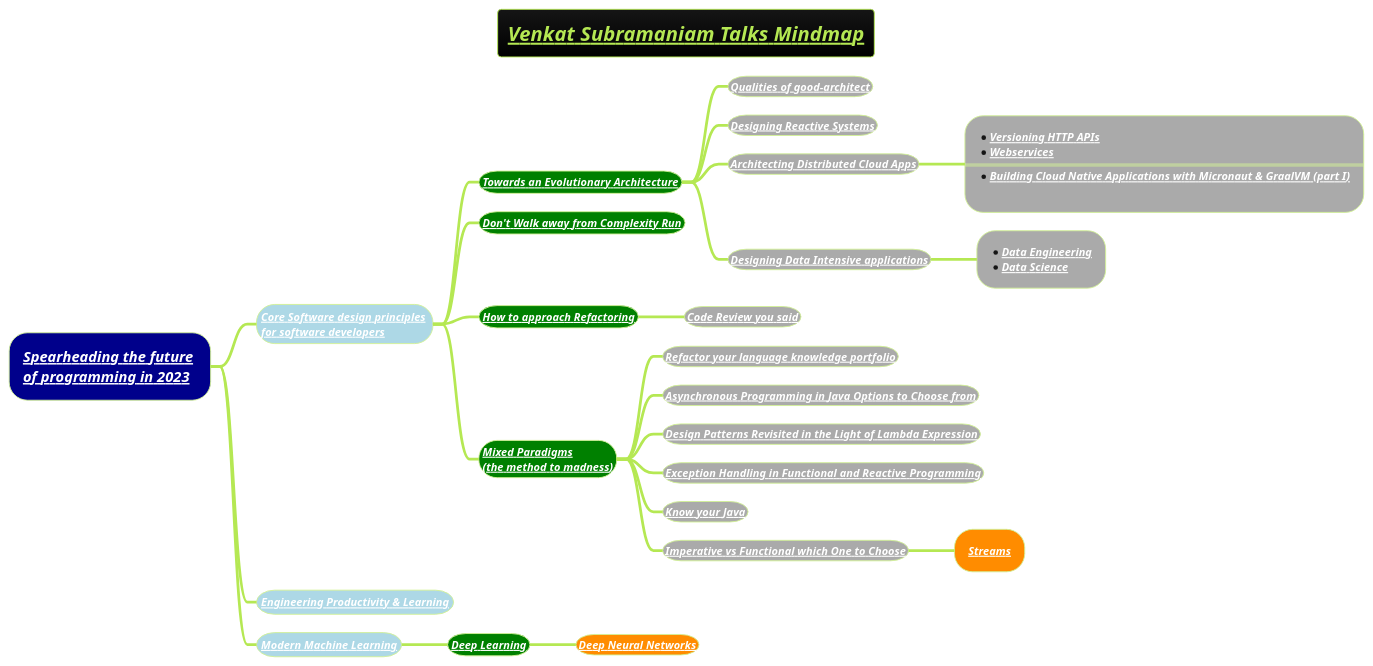
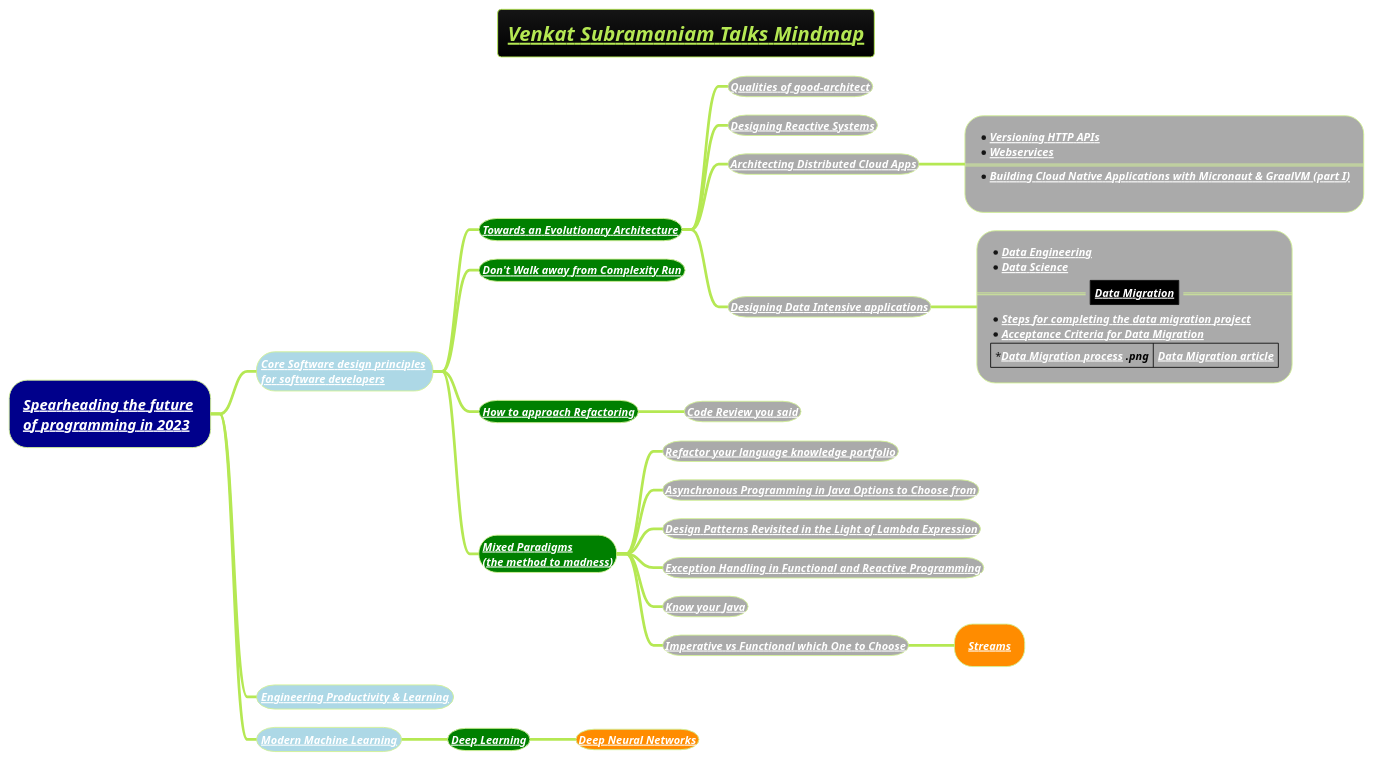
The diagram in docs/3-programming-languages/Venkat-Subramaniam/venkat-talks-mindmap.puml (MehmoodHashmi/Documentation-as-Code-DaC), drawn with PlantUML before and after one commit. The commit also changed 3 other files, not shown here.

```diff
--- a/docs/3-programming-languages/Venkat-Subramaniam/venkat-talks-mindmap.puml
+++ b/docs/3-programming-languages/Venkat-Subramaniam/venkat-talks-mindmap.puml
@@ -1,34 +1,40 @@
 @startmindmap
 title =<i><b><u><size:18>Venkat Subramaniam Talks Mindmap
 !theme hacker
 
 *[#darkblue] <i><color #black>[[docs/3-programming-languages/Venkat-Subramaniam/Spearheading-the-future-of-programming-2023.puml Spearheading the future]] \n<i><color #black>[[docs/3-programming-languages/Venkat-Subramaniam/Spearheading-the-future-of-programming-2023.puml of programming in 2023]]
 **[#lightblue] <color:white><i><size:12>[[docs/3-programming-languages/Venkat-Subramaniam/Core-Software-design-principles-for-software-developers.puml Core Software design principles]] \n<color:white><i><size:12>[[docs/3-programming-languages/Venkat-Subramaniam/Core-Software-design-principles-for-software-developers.puml for software developers ]]
 ***[#green] <b><i><color #black><size:12>[[docs/3-programming-languages/Venkat-Subramaniam/Towards-an-Evolutionary-Architecture.puml Towards an Evolutionary Architecture]]
 ****[#a] <b><i><color #black><size:12>[[docs/3-programming-languages/Venkat-Subramaniam/Qualities-of-good-architect.puml Qualities of good-architect]]
 ****[#a] <b><i><color #black><size:12>[[docs/3-programming-languages/Venkat-Subramaniam/Designing-Reactive-Systems.puml Designing Reactive Systems]]
 ****[#a] <b><i><color #black><size:12>[[docs/3-programming-languages/Venkat-Subramaniam/Architecting-Distributed-Cloud-Apps.puml Architecting Distributed Cloud Apps]]
 *****[#a]:*<b><i><color #black><size:12>[[docs/3-programming-languages/Venkat-Subramaniam/Architecting-Distributed-Cloud-Apps.puml Versioning HTTP APIs]]
 *<b><i><color #black><size:12>[[docs/3-programming-languages/Venkat-Subramaniam/webservice.puml Webservices]]
 ====
 *<b><i><color #black><size:12>[[docs/3-programming-languages/Venkat-Subramaniam/Building-Cloud-Native-Applications-with-Micronaut-and-GraalVM.puml Building Cloud Native Applications with Micronaut & GraalVM (part I)]]
 ;
 ****[#a] <b><i><color #black><size:12>[[docs/books/1-books-backlog/DBMS/Designing-Data-Intensive-Applications.puml Designing Data Intensive applications]]
-*****[#a] *<b><i><color #black><size:12>[[docs/AI-ML-DL-Data-Science-and-BigData/data-science/data-engineering/Data-Engineering.puml Data Engineering]] \n*<b><i><color #black><size:12>[[docs/AI-ML-DL-Data-Science-and-BigData/data-science/Data-Science.puml Data Science]]
+*****[#a]:*<b><i><color #black><size:12>[[docs/AI-ML-DL-Data-Science-and-BigData/data-science/data-engineering/Data-Engineering.puml Data Engineering]]
+*<b><i><color #black><size:12>[[docs/AI-ML-DL-Data-Science-and-BigData/data-science/Data-Science.puml Data Science]]
+==|<#black><b><i><color #black><size:12>[[docs/AI-ML-DL-Data-Science-and-BigData/data-science/data-or-database-migration/Data-Migration.puml Data Migration]]|==
+*<b><i><color #black><size:12>[[docs/AI-ML-DL-Data-Science-and-BigData/data-science/data-or-database-migration/steps-for-completing-the-data-migration-project.puml Steps for completing the data migration project]]
+*<b><i><color #black><size:12>[[docs/AI-ML-DL-Data-Science-and-BigData/data-science/data-or-database-migration/Acceptance-Criteria-for-Data-Migration.puml Acceptance Criteria for Data Migration]]
+|*<b><i><color #black><size:12>[[docs/AI-ML-DL-Data-Science-and-BigData/data-science/data-or-database-migration/images/img_1.png Data Migration process]] .png|<b><i><color #black><size:12>[[https://corporatefinanceinstitute.com/resources/data-science/data-migration/ Data Migration article]]|;
+
 ***[#green] <b><i><color #black><size:12>[[docs/3-programming-languages/Venkat-Subramaniam/Do-not-Walk-Away-From-Complexity-Run.puml Don't Walk away from Complexity Run]]
 ***[#green] <b><i><color #black><size:12>[[docs/3-programming-languages/Venkat-Subramaniam/how-to-approach-refactoring.puml How to approach Refactoring]]
 ****[#a] <b><i><color #black><size:12>[[docs/3-programming-languages/Venkat-Subramaniam/Code-Review-you-said.puml Code Review you said]]
 ***[#green] <b><i><color #black><size:12>[[docs/3-programming-languages/Venkat-Subramaniam/mixed-paradigms-(the-method-to-madness).puml Mixed Paradigms]] \n<b><i><color #black><size:12>[[docs/3-programming-languages/Venkat-Subramaniam/mixed-paradigms-(the-method-to-madness).puml (the method to madness)]]
 ****[#a] <b><i><color #black><size:12>[[docs/3-programming-languages/Venkat-Subramaniam/Refactor-your-language-knowledge-portfolio-(we-are-what-we-can-code-in).puml Refactor your language knowledge portfolio]]
 ****[#a] <b><i><color #black><size:12>[[docs/3-programming-languages/Venkat-Subramaniam/Asynchronous-Programming-in-Java-Options-to-Choose-from.puml Asynchronous Programming in Java Options to Choose from]]
 ****[#a] <b><i><color #black><size:12>[[docs/3-programming-languages/Venkat-Subramaniam/Design-Patterns-revisited-in-the-Light-of-Lambda-Expression.puml Design Patterns Revisited in the Light of Lambda Expression]]
 ****[#a] <b><i><color #black><size:12>[[docs/3-programming-languages/Venkat-Subramaniam/Exception-Handling-in-Functional-and-Reactive-Programming.puml Exception Handling in Functional and Reactive Programming]]
 ****[#a] <b><i><color #black><size:12>[[docs/3-programming-languages/Venkat-Subramaniam/Know-your-java-venkat.puml Know your Java]]
 ****[#a] <b><i><color #black><size:12>[[docs/3-programming-languages/Venkat-Subramaniam/Imperative-vs-Functional-Which-one-to-Choose.puml Imperative vs Functional which One to Choose]]
 *****[#darkorange] <b><i><color #black><size:12>[[docs/3-programming-languages/Venkat-Subramaniam/Streams.puml Streams]]
 **[#lightblue] <b><i><color #black><size:12>[[docs/3-programming-languages/Venkat-Subramaniam/Engineering-Productivity-and-Learning.puml Engineering Productivity & Learning]]
 **[#lightblue] <b><i><color #black><size:12>[[docs/AI-ML-DL-Data-Science-and-BigData/machine-learning-ML/Modern-Machine-Learning.puml Modern Machine Learning]]
 ***[#green] <b><i><color #black><size:12>[[docs/AI-ML-DL-Data-Science-and-BigData/machine-learning-ML/3-deep-learning-DL/Deep-Learning.puml Deep Learning]]
 ****[#darkorange] <b><i><color #black><size:12>[[docs/AI-ML-DL-Data-Science-and-BigData/machine-learning-ML/3-deep-learning-DL/Neural-Network-Architecture.puml Deep Neural Networks]]
 
 @endmindmap
```
